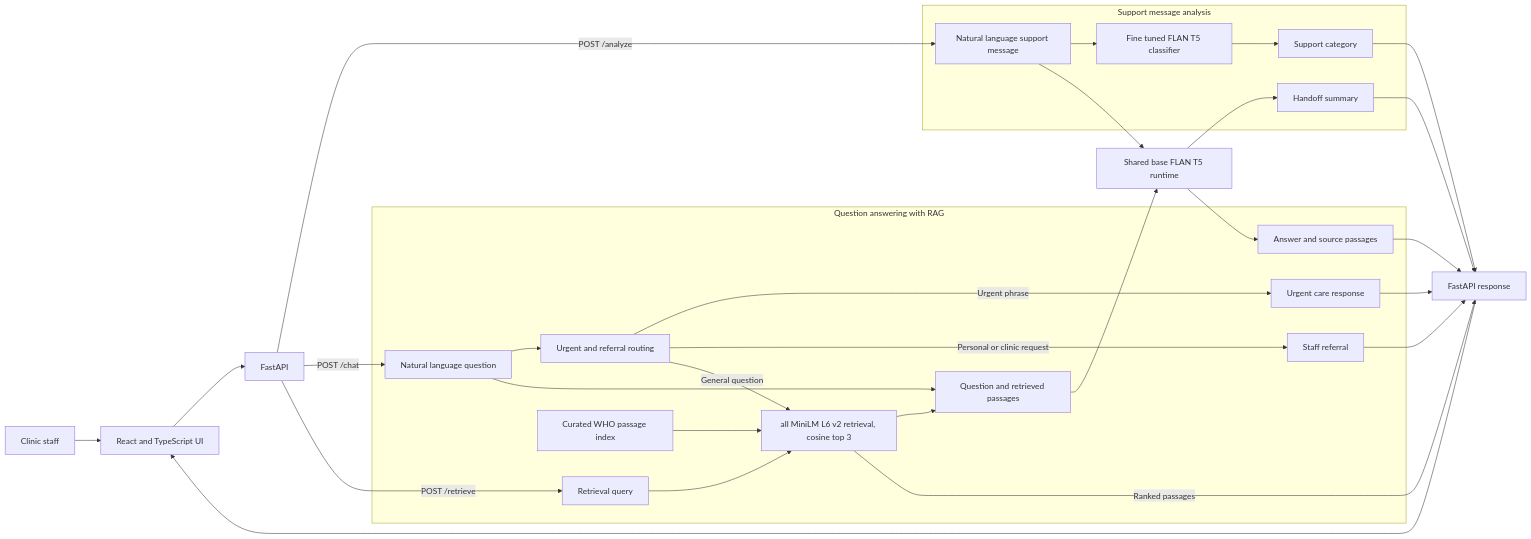
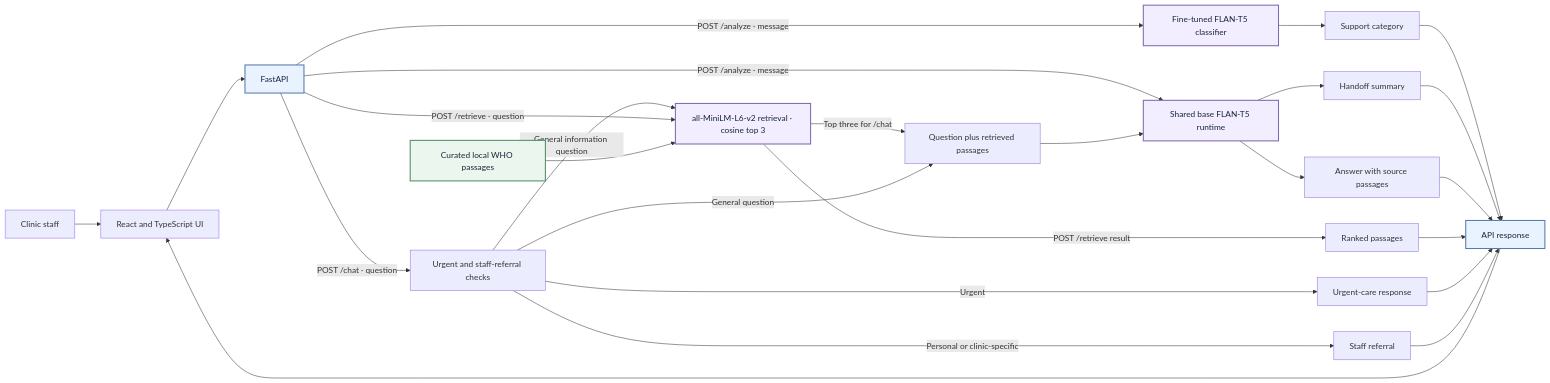
Before and after one commit to sanjaykumarpushadapu/Assignment-APIDrivenCloudNativeSolutions-AIMLCZG549: the diagram in Assignment-2/docs/report/report.md, drawn with Mermaid. The commit also changed other lines of this file and 2 other files, not shown here.

Commit message:
Clarify demo narration and architecture diagram
Use the full section title in the Part 4 narration and update the architecture diagram to clarify analysis, retrieval, chat routing, and shared model flows.

````diff
--- a/Assignment-2/docs/report/report.md
+++ b/Assignment-2/docs/report/report.md
@@ -39,49 +39,36 @@
 ```mermaid
 flowchart LR
     Staff[Clinic staff] --> UI[React and TypeScript UI]
     UI --> API[FastAPI]
-    APIResponse[FastAPI response] --> UI
-    GenerationRuntime[Shared base FLAN T5 runtime]
+    APIResponse[API response] --> UI
 
-    subgraph Analysis[Support message analysis]
-        Message[Natural language support message]
-        Classifier[Fine tuned FLAN T5 classifier]
-        Category[Support category]
-        Summary[Handoff summary]
-        Message --> Classifier --> Category
-    end
-
-    API -->|POST /analyze| Message
+    API -->|POST /analyze · message| Classifier[Fine-tuned FLAN-T5 classifier]
+    Classifier --> Category[Support category]
+    API -->|POST /analyze · message| BaseModel[Shared base FLAN-T5 runtime]
+    BaseModel --> Summary[Handoff summary]
     Category --> APIResponse
     Summary --> APIResponse
 
-    subgraph QuestionAnswering[Question answering with RAG]
-        Question[Natural language question]
-        Guard[Urgent and referral routing]
-        Urgent[Urgent care response]
-        Referral[Staff referral]
-        RetrievalQuery[Retrieval query]
-        Retriever[all MiniLM L6 v2 retrieval, cosine top 3]
-        Index[Curated WHO passage index]
-        Context[Question and retrieved passages]
-        Answer[Answer and source passages]
-        Question --> Guard
-        Guard -->|Urgent phrase| Urgent
-        Guard -->|Personal or clinic request| Referral
-        Guard -->|General question| Retriever
-        Question --> Context
-        Index --> Retriever
-        Retriever --> Context
-        RetrievalQuery --> Retriever
-    end
-
-    Message --> GenerationRuntime --> Summary
-    Context --> GenerationRuntime --> Answer
-
-    API -->|POST /chat| Question
-    API -->|POST /retrieve| RetrievalQuery
+    API -->|POST /chat · question| Guard[Urgent and staff-referral checks]
+    Guard -->|Urgent| Urgent[Urgent-care response]
+    Guard -->|Personal or clinic-specific| Referral[Staff referral]
+    Guard -->|General information question| Retriever[all-MiniLM-L6-v2 retrieval · cosine top 3]
+    API -->|POST /retrieve · question| Retriever
+    WHO[Curated local WHO passages] --> Retriever
+    Retriever -->|POST /retrieve result| RetrievalResult[Ranked passages]
+    Retriever -->|Top three for /chat| Context[Question plus retrieved passages]
+    Guard -->|General question| Context
+    Context --> BaseModel
+    BaseModel --> GroundedAnswer[Answer with source passages]
+    GroundedAnswer --> APIResponse
+    RetrievalResult --> APIResponse
     Urgent --> APIResponse
     Referral --> APIResponse
-    Answer --> APIResponse
-    Retriever -->|Ranked passages| APIResponse
+
+    classDef api fill:#e9f2ff,stroke:#5479ad,color:#17243a,stroke-width:2px
+    classDef model fill:#f2edff,stroke:#8068b0,color:#17243a,stroke-width:2px
+    classDef data fill:#eaf6ee,stroke:#548b65,color:#17243a,stroke-width:2px
+    class API,APIResponse api
+    class Classifier,BaseModel,Retriever model
+    class WHO data
 ```
````
